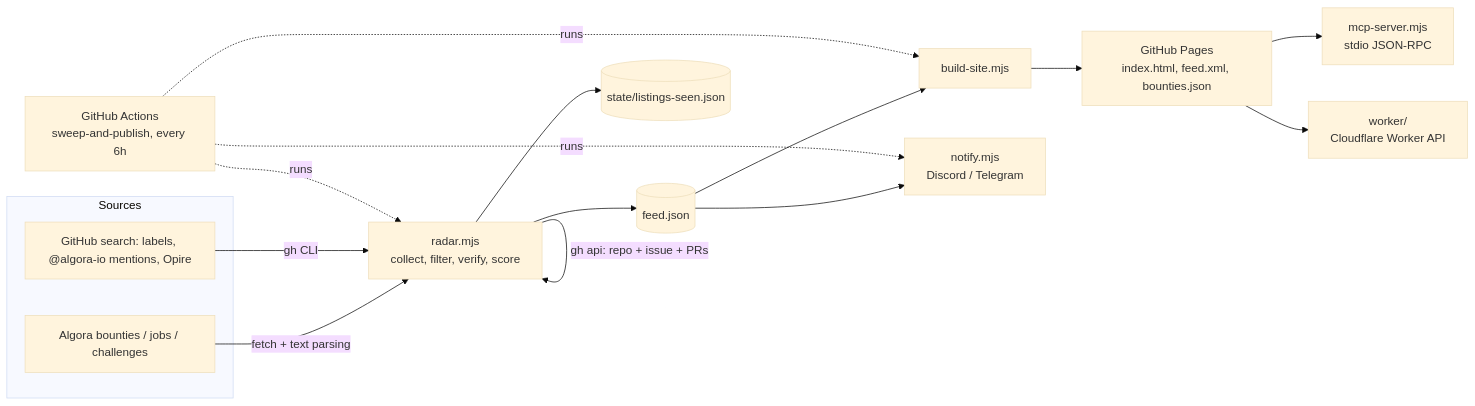
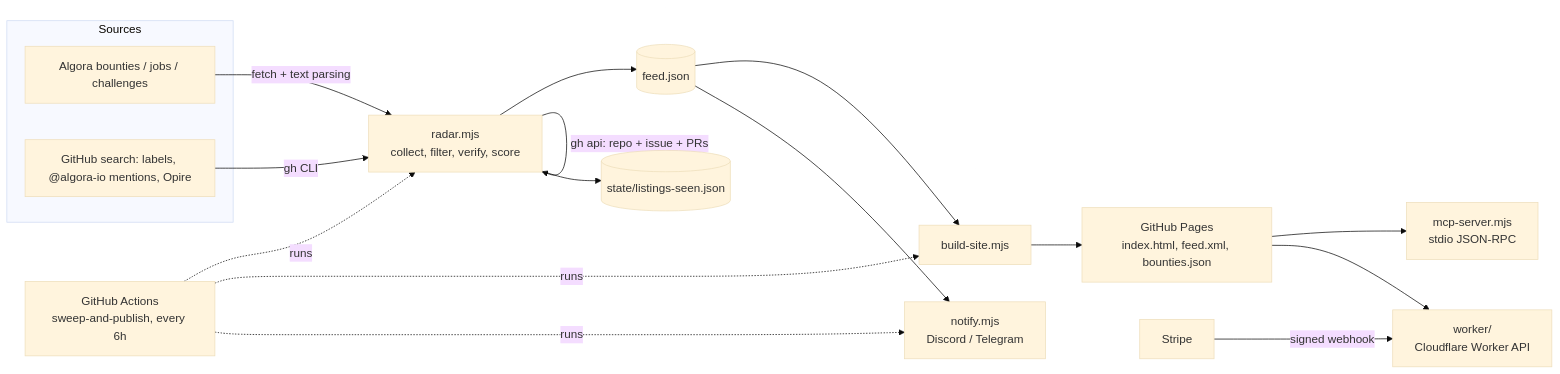
Before and after one commit to muhib-karim/bounty-radar: the diagram in README.md, drawn with Mermaid (base theme). The commit also changed other lines of this file and 33 other files, not shown here.

````diff
--- a/README.md
+++ b/README.md
@@ -90,18 +109,19 @@
 ```mermaid
 flowchart LR
   subgraph Sources
     A1[Algora bounties / jobs / challenges]
     A2[GitHub search: labels, @algora-io mentions, Opire]
   end
   A1 -->|fetch + text parsing| R[radar.mjs<br/>collect, filter, verify, score]
   A2 -->|gh CLI| R
   R -->|gh api: repo + issue + PRs| R
   R --> F[(feed.json)]
   R --> S[(state/listings-seen.json)]
   F --> B[build-site.mjs]
   B --> P[GitHub Pages<br/>index.html, feed.xml, bounties.json]
   F --> N[notify.mjs<br/>Discord / Telegram]
   P --> M[mcp-server.mjs<br/>stdio JSON-RPC]
   P --> W[worker/<br/>Cloudflare Worker API]
+  ST[Stripe] -->|signed webhook| W
   GA[GitHub Actions<br/>sweep-and-publish, every 6h] -.runs.-> R & B & N
 ```
````
